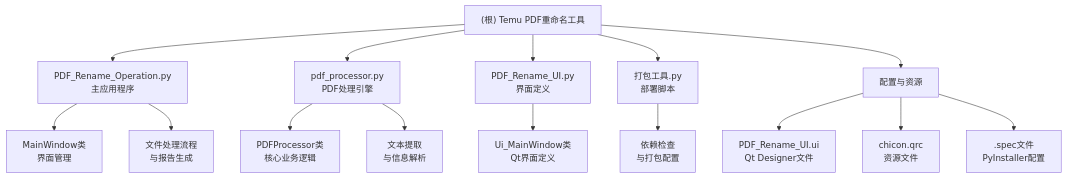
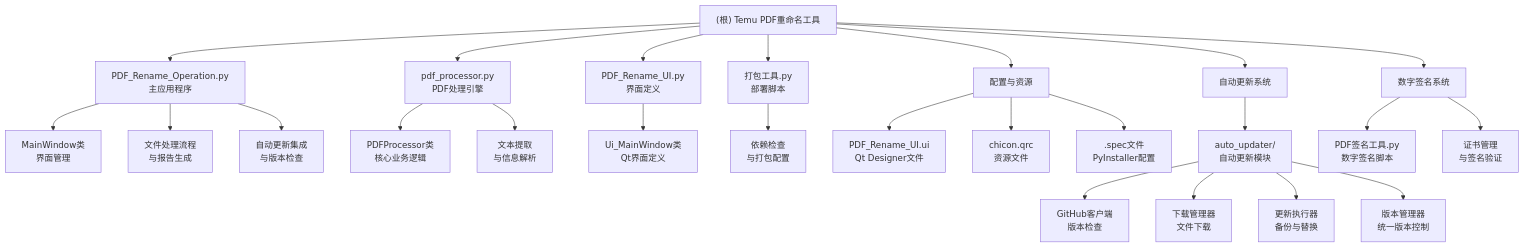
One commit to chen-huai/Temu_PDF_Rename_APP changed the first of 3 diagrams in CLAUDE.md. Above: the diagram before and after it, drawn with Mermaid. The commit also changed other lines of this file and 12 other files, not shown here.

First line of the commit message:
feat(architecture): 新增自动更新器和数字签名工具模块

````diff
--- a/CLAUDE.md
+++ b/CLAUDE.md
@@ -36,27 +42,41 @@
 ```mermaid
 graph TD
     A["(根) Temu PDF重命名工具"] --> B["PDF_Rename_Operation.py<br/>主应用程序"];
     A --> C["pdf_processor.py<br/>PDF处理引擎"];
     A --> D["PDF_Rename_UI.py<br/>界面定义"];
     A --> E["打包工具.py<br/>部署脚本"];
     A --> F["配置与资源"];
+    A --> G["自动更新系统"];
+    A --> H["数字签名系统"];
 
-    B --> G["MainWindow类<br/>界面管理"];
-    B --> H["文件处理流程<br/>与报告生成"];
+    B --> I["MainWindow类<br/>界面管理"];
+    B --> J["文件处理流程<br/>与报告生成"];
+    B --> K["自动更新集成<br/>与版本检查"];
 
-    C --> I["PDFProcessor类<br/>核心业务逻辑"];
-    C --> J["文本提取<br/>与信息解析"];
+    C --> L["PDFProcessor类<br/>核心业务逻辑"];
+    C --> M["文本提取<br/>与信息解析"];
 
-    D --> K["Ui_MainWindow类<br/>Qt界面定义"];
+    D --> N["Ui_MainWindow类<br/>Qt界面定义"];
 
-    E --> L["依赖检查<br/>与打包配置"];
+    E --> O["依赖检查<br/>与打包配置"];
 
-    F --> M["PDF_Rename_UI.ui<br/>Qt Designer文件"];
-    F --> N["chicon.qrc<br/>资源文件"];
-    F --> O[".spec文件<br/>PyInstaller配置"];
+    F --> P["PDF_Rename_UI.ui<br/>Qt Designer文件"];
+    F --> Q["chicon.qrc<br/>资源文件"];
+    F --> R[".spec文件<br/>PyInstaller配置"];
+
+    G --> S["auto_updater/<br/>自动更新模块"];
+    S --> T["GitHub客户端<br/>版本检查"];
+    S --> U["下载管理器<br/>文件下载"];
+    S --> V["更新执行器<br/>备份与替换"];
+    S --> W["版本管理器<br/>统一版本控制"];
+
+    H --> X["PDF签名工具.py<br/>数字签名脚本"];
+    H --> Y["证书管理<br/>与签名验证"];
 
     click B "./PDF_Rename_Operation/CLAUDE.md" "查看主应用程序模块文档"
     click C "./pdf_processor/CLAUDE.md" "查看PDF处理引擎模块文档"
     click D "./PDF_Rename_UI/CLAUDE.md" "查看界面定义模块文档"
     click E "./打包工具/CLAUDE.md" "查看部署工具模块文档"
+    click S "./auto_updater/CLAUDE.md" "查看自动更新模块文档"
+    click X "./PDF签名工具/CLAUDE.md" "查看数字签名工具文档"
 ```
````
